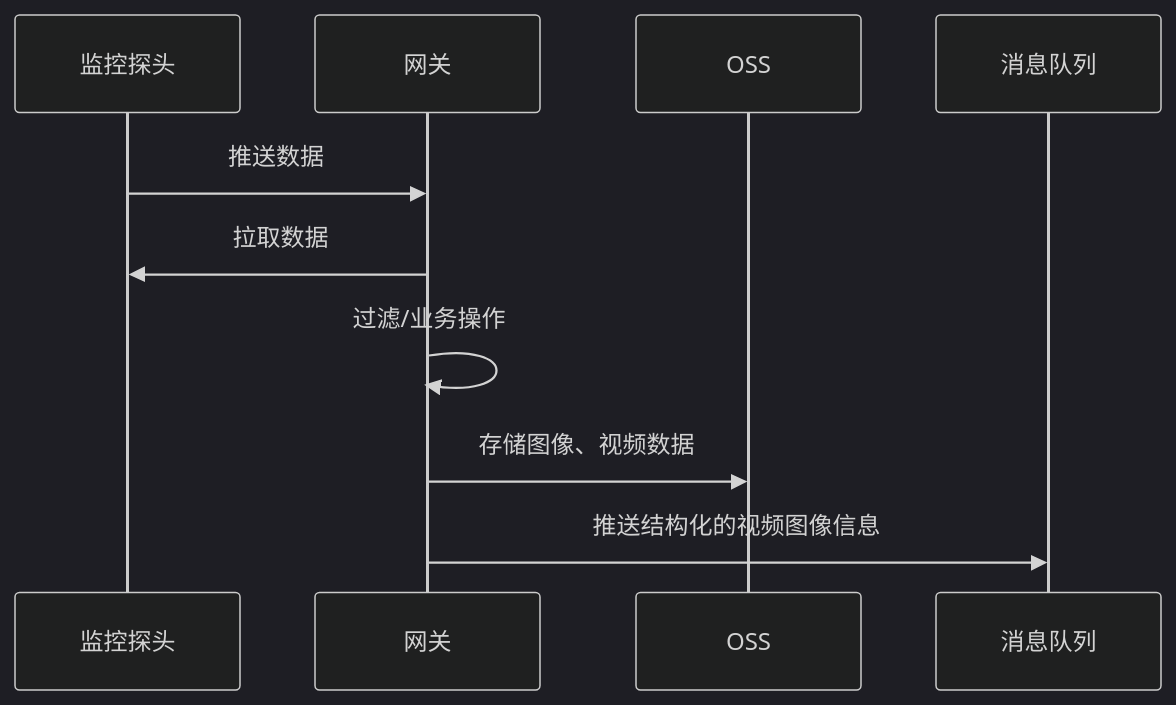
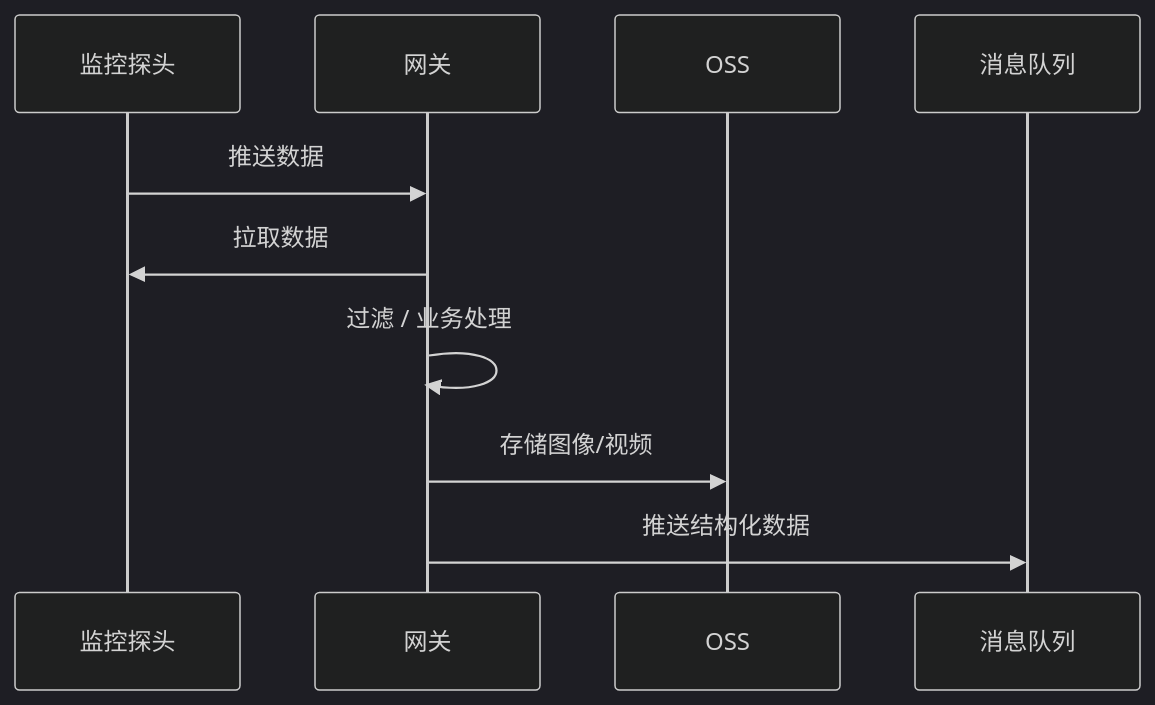
Before and after one commit to 0xcaffebabe/note: the second of 4 diagrams in doc/软件工程/架构/系统设计/网关.md, drawn with Mermaid (dark theme). The commit also changed other lines of this file and 3 other files, not shown here.

````diff
--- a/doc/软件工程/架构/系统设计/网关.md
+++ b/doc/软件工程/架构/系统设计/网关.md
@@ -41,8 +101,8 @@
 ```mermaid
 sequenceDiagram
   监控探头 ->> 网关: 推送数据
   网关 ->> 监控探头: 拉取数据
-  网关 ->> 网关: 过滤/业务操作
-  网关 ->> OSS: 存储图像、视频数据
-  网关 ->> 消息队列: 推送结构化的视频图像信息
+  网关 ->> 网关: 过滤 / 业务处理
+  网关 ->> OSS: 存储图像/视频
+  网关 ->> 消息队列: 推送结构化数据
 ```
````
